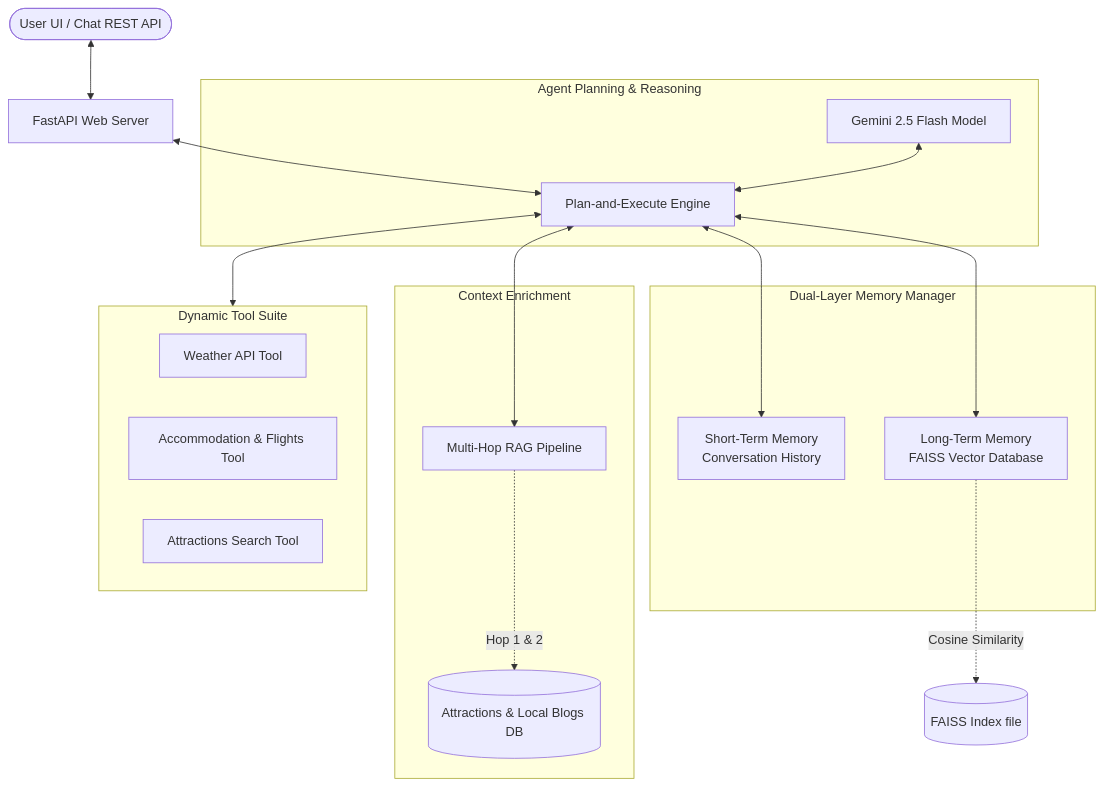
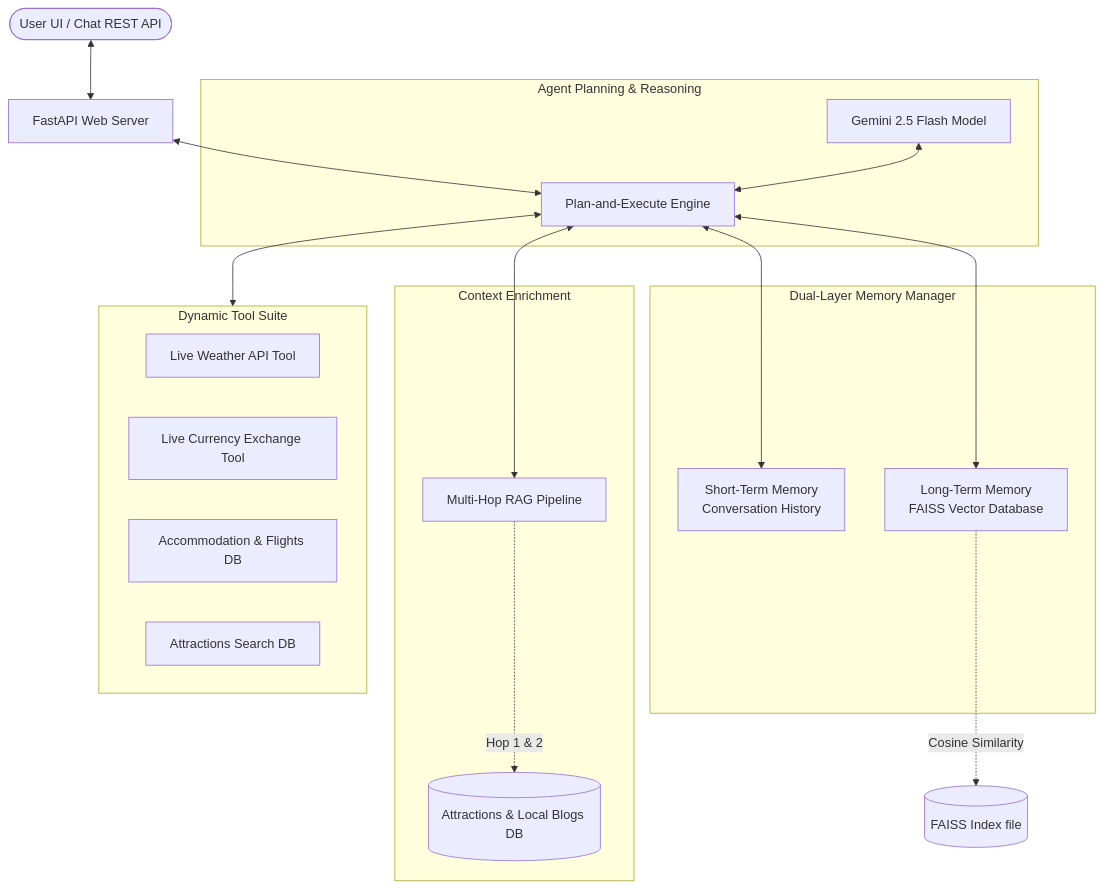
The diagram in README.md (milong03/VoyageAgent), drawn with Mermaid before and after one commit. The commit also changed other lines of this file and 1 other file, not shown here.

Commit message:
Docs: Update architecture and tool documentation to reflect new Live Weather and Currency APIs

````diff
--- a/README.md
+++ b/README.md
@@ -9,36 +9,37 @@
 ```mermaid
 graph TD
     User([User UI / Chat REST API]) <--> AppServer[FastAPI Web Server]
     
     subgraph Agent_Core [Agent Planning & Reasoning]
         Planner[Plan-and-Execute Engine]
         LLM[Gemini 2.5 Flash Model]
     end
     
     subgraph Memory_System [Dual-Layer Memory Manager]
         STMemory[Short-Term Memory <br> Conversation History]
         LTMemory[Long-Term Memory <br> FAISS Vector Database]
     end
     
     subgraph Data_RAG [Context Enrichment]
         RAGEngine[Multi-Hop RAG Pipeline]
         Corpus[(Attractions & Local Blogs DB)]
     end
     
     subgraph Tool_Suite [Dynamic Tool Suite]
-        WeatherTool[Weather API Tool]
-        HotelTool[Accommodation & Flights Tool]
-        AttrTool[Attractions Search Tool]
+        WeatherTool[Live Weather API Tool]
+        CurrencyTool[Live Currency Exchange Tool]
+        HotelTool[Accommodation & Flights DB]
+        AttrTool[Attractions Search DB]
     end
  
     AppServer <--> Planner
     Planner <--> STMemory
     Planner <--> LTMemory
     Planner <--> RAGEngine
     Planner <--> Tool_Suite
     
     %% Interactions
     LTMemory -. Cosine Similarity .-> FAISS_Index[(FAISS Index file)]
     RAGEngine -. Hop 1 & 2 .-> Corpus
     LLM <--> Planner
 ```
````
